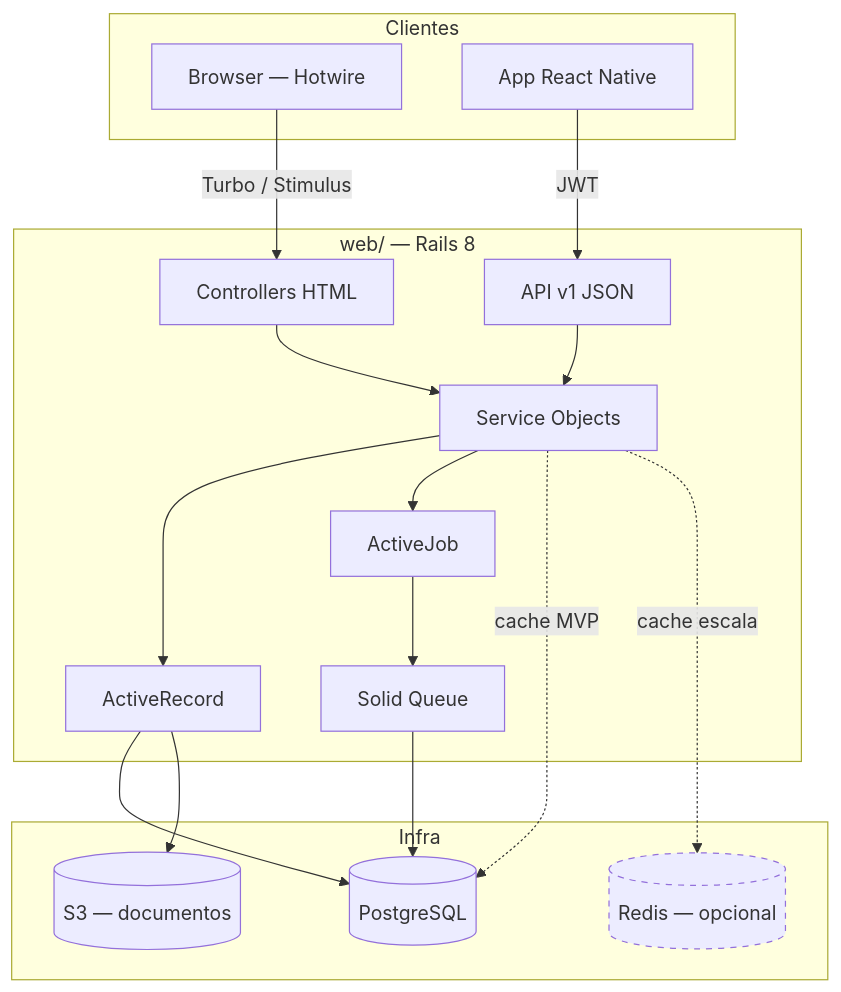
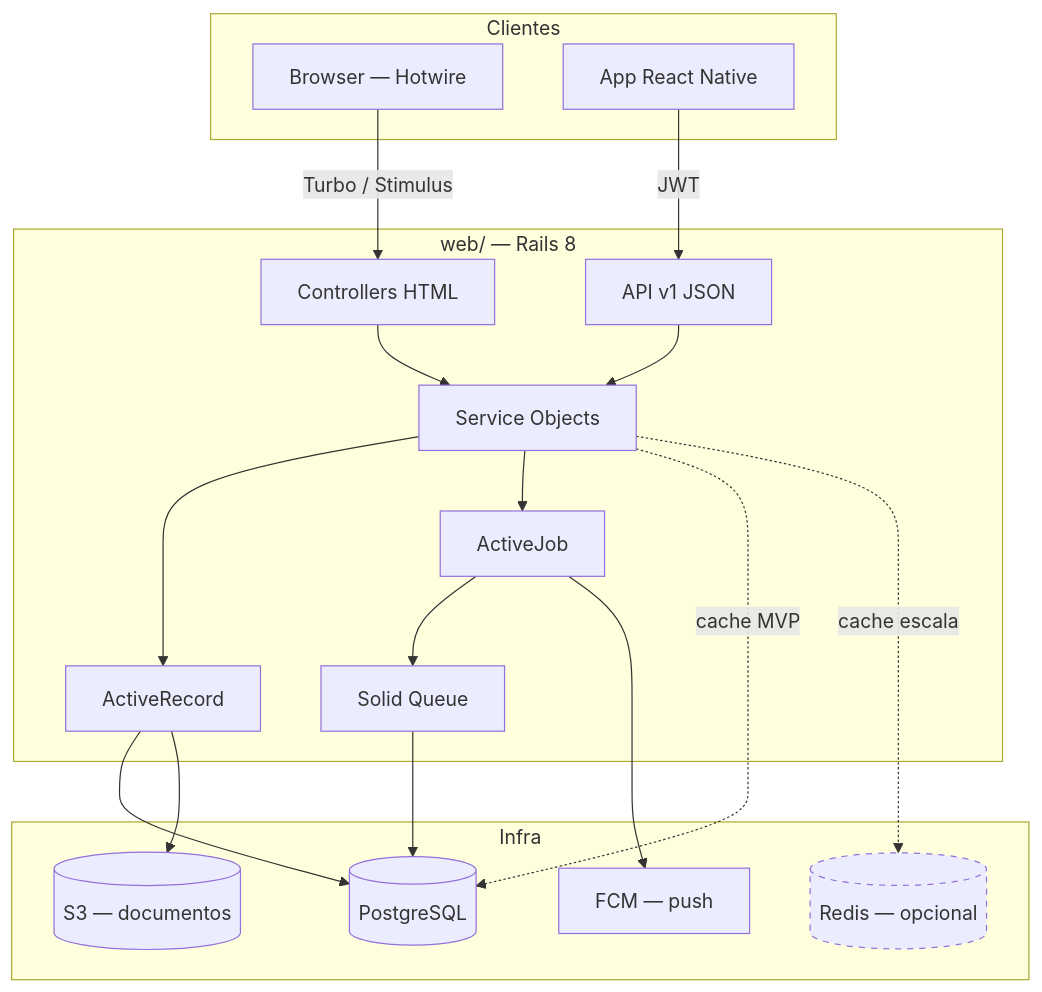
One commit to DLA-Solutions/school_lab changed the first of 3 diagrams in docs/web-stack.md. Above: the diagram before and after it, drawn with Mermaid. The commit also changed other lines of this file and 4 other files, not shown here.

````diff
--- a/docs/web-stack.md
+++ b/docs/web-stack.md
@@ -149,42 +171,44 @@
 ```mermaid
 flowchart TB
     subgraph clients [Clientes]
         Browser[Browser — Hotwire]
         MobileApp[App React Native]
     end
 
     subgraph web [web/ — Rails 8]
         HTML[Controllers HTML]
         API[API v1 JSON]
         Services[Service Objects]
         Models[ActiveRecord]
         Jobs[ActiveJob]
         SQ[Solid Queue]
     end
 
     subgraph infra [Infra]
         PG[(PostgreSQL)]
         Redis[(Redis — opcional)]
         S3[(S3 — documentos)]
+        FCM[FCM — push]
     end
 
     Browser -->|Turbo / Stimulus| HTML
     MobileApp -->|JWT| API
 
     HTML --> Services
     API --> Services
     Services --> Models
     Services --> Jobs
 
     Jobs --> SQ
     SQ --> PG
+    Jobs --> FCM
 
     Models --> PG
     Models --> S3
 
     Services -.->|cache MVP| PG
     Services -.->|cache escala| Redis
 
     classDef optional stroke-dasharray: 5 5
     class Redis optional
 ```
````
